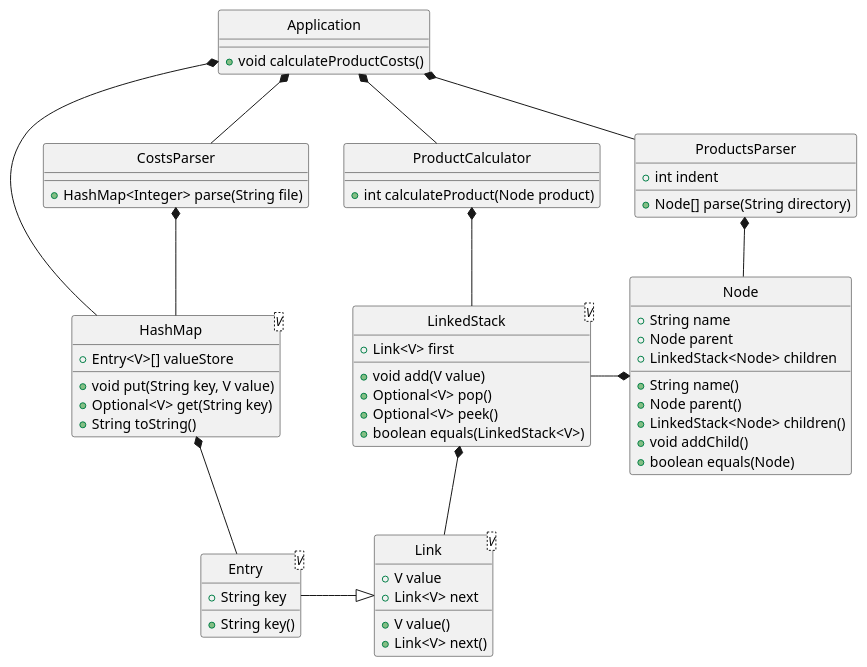
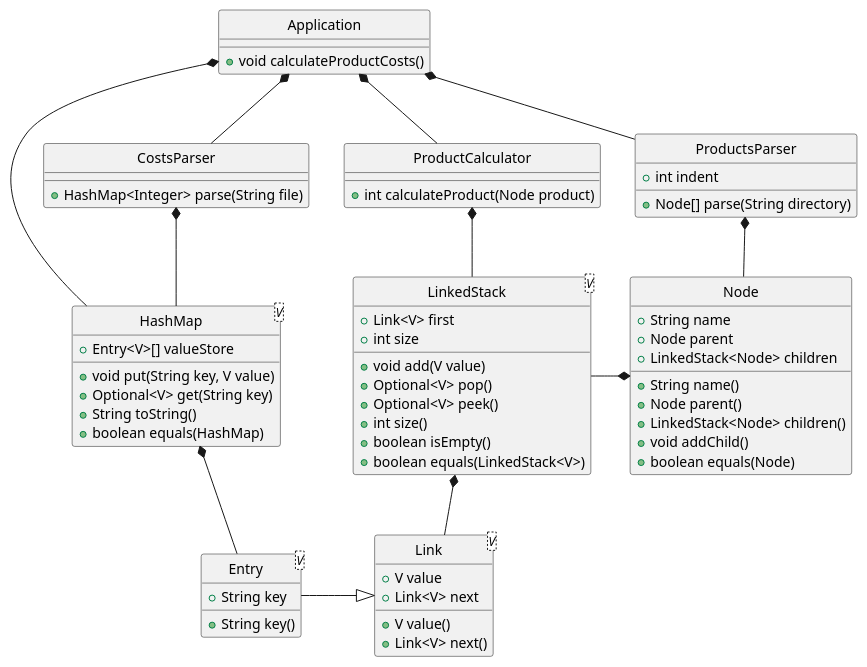
One commit to Jack272Hughes/uni-data-structures-and-algorithms changed the diagram in docs/code/class-diagram.pu. Above: the diagram before and after it, drawn with PlantUML. The commit also changed 2 other files, not shown here.

Commit message:
Implement equals method for HashMap
Updated class diagram with new HashMap and LinkedStack methods

```diff
--- a/docs/code/class-diagram.pu
+++ b/docs/code/class-diagram.pu
@@ -1,74 +1,78 @@
 @startuml
 
 class Link<V> {
   +V value
   +Link<V> next
   +V value()
   +Link<V> next()
 }
 
 class HashMap<V> {
   +Entry<V>[] valueStore
   +void put(String key, V value)
   +Optional<V> get(String key)
   +String toString()
+  +boolean equals(HashMap)
 }
 
 class Entry<V> {
   +String key
   +String key()
 }
 
 class LinkedStack<V> {
   +Link<V> first
+  +int size
   +void add(V value)
   +Optional<V> pop()
   +Optional<V> peek()
+  +int size()
+  +boolean isEmpty()
   +boolean equals(LinkedStack<V>)
 }
 
 class Node {
   +String name
   +Node parent
   +LinkedStack<Node> children
   +String name()
   +Node parent()
   +LinkedStack<Node> children()
   +void addChild()
   +boolean equals(Node)
 }
 
 class ProductsParser {
   +int indent
   +Node[] parse(String directory)
 }
 
 class CostsParser {
   +HashMap<Integer> parse(String file)
 }
 
 class ProductCalculator {
   +int calculateProduct(Node product)
 }
 
 class Application {
   +void calculateProductCosts()
 }
 
 HashMap *-- Entry
 LinkedStack *-- Link
 Link <|-left- Entry
 
 ProductsParser *-- Node
 CostsParser *-- HashMap
 ProductCalculator *-- LinkedStack
 LinkedStack -right-* Node
 
 Application *-- ProductsParser
 Application *-- ProductCalculator
 Application *-- CostsParser
 Application *-- HashMap
 
 hide circle
 
 @enduml
```
